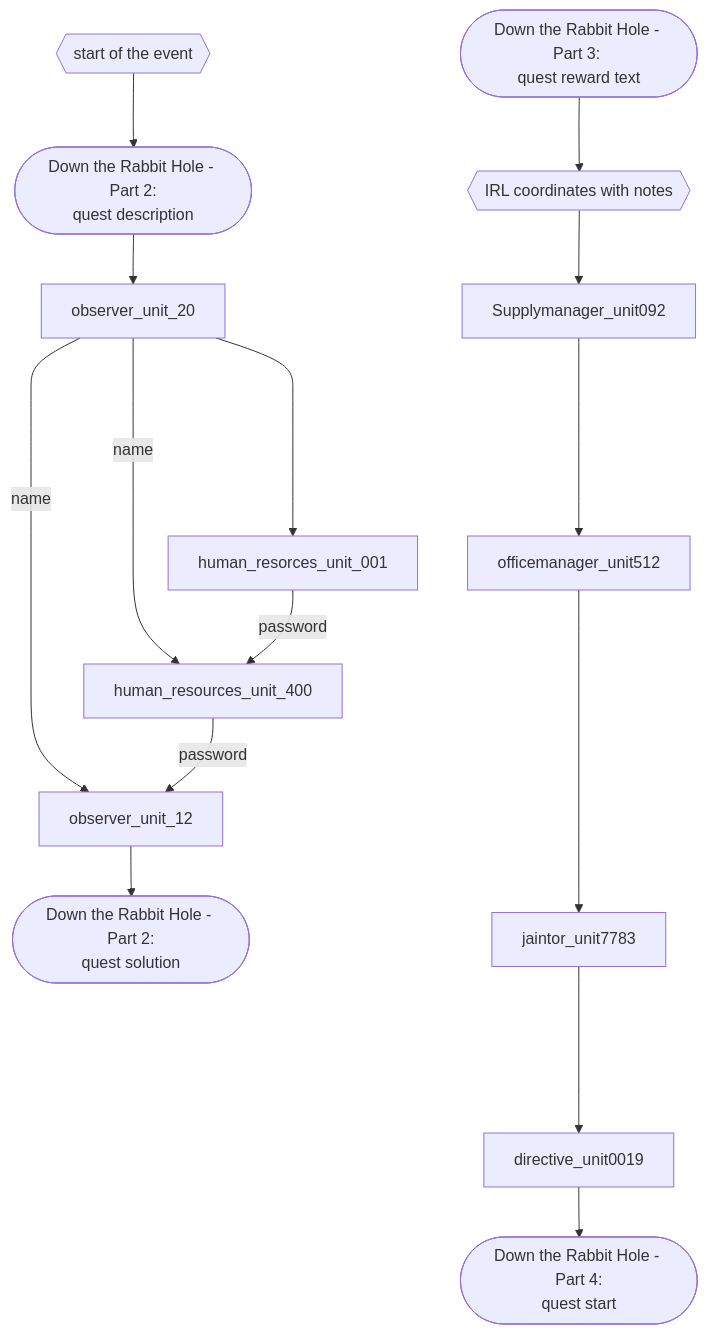
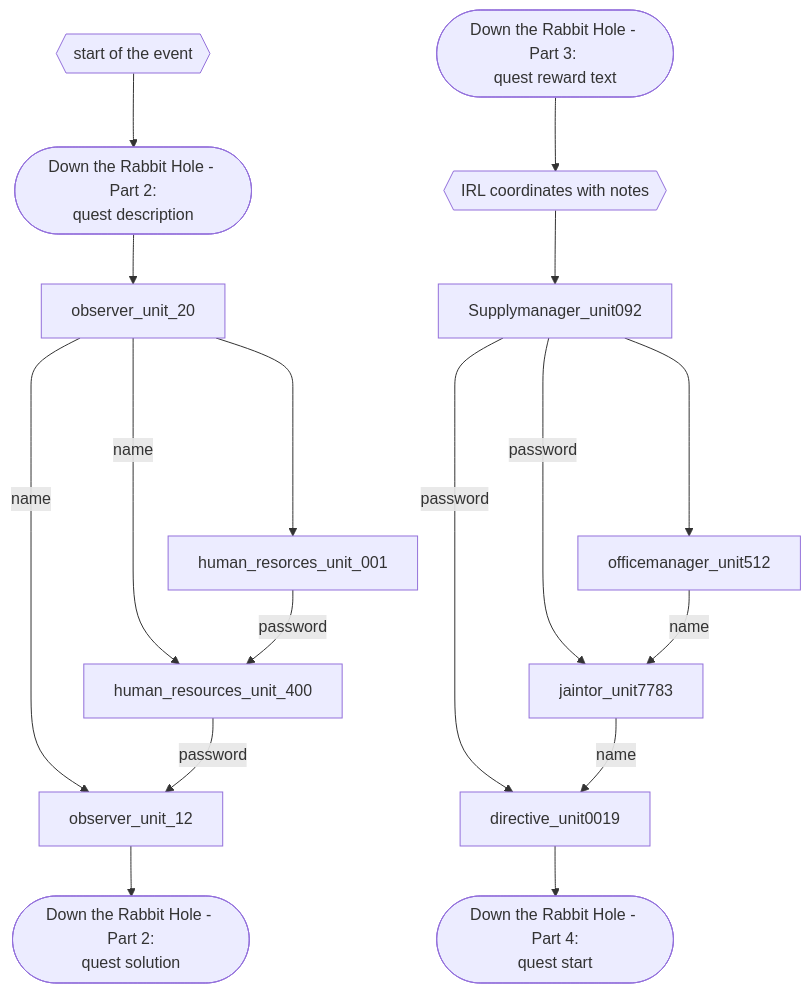
One commit to 3ncy/ARRS-s5 changed the diagram in README.md. Above: the diagram before and after it, drawn with Mermaid.

Commit message:
Update graph with more connections

````diff
--- a/README.md
+++ b/README.md
@@ -16,22 +16,24 @@
 ```mermaid
 graph TD;
     start{{start of the event}} --> quest2-desc(["Down the Rabbit Hole - Part 2:
 quest description"]);
     quest2-desc --> observer_unit_20;
     observer_unit_20 --name--> observer_unit_12;
     observer_unit_20 --name--> human_resources_unit_400;
     observer_unit_20 ----> human_resorces_unit_001;
     human_resorces_unit_001 --password--> human_resources_unit_400;
     human_resources_unit_400 --password--> observer_unit_12;
     observer_unit_12 --> quest2-sol(["Down the Rabbit Hole - Part 2:
 quest solution"]);
 
     quest3(["Down the Rabbit Hole - Part 3: 
 quest reward text"]) --> irl{{IRL coordinates with notes}};
     irl --> Supplymanager_unit092;
     Supplymanager_unit092 ----> officemanager_unit512;
-    officemanager_unit512 ----> jaintor_unit7783;
-    jaintor_unit7783 ----> directive_unit0019;
+    Supplymanager_unit092 --password--> jaintor_unit7783;
+    Supplymanager_unit092 --password--> directive_unit0019;
+    officemanager_unit512 --name--> jaintor_unit7783;
+    jaintor_unit7783 --name--> directive_unit0019;
     directive_unit0019 --> quest4(["Down the Rabbit Hole - Part 4:
 quest start"]);
 ```
````
